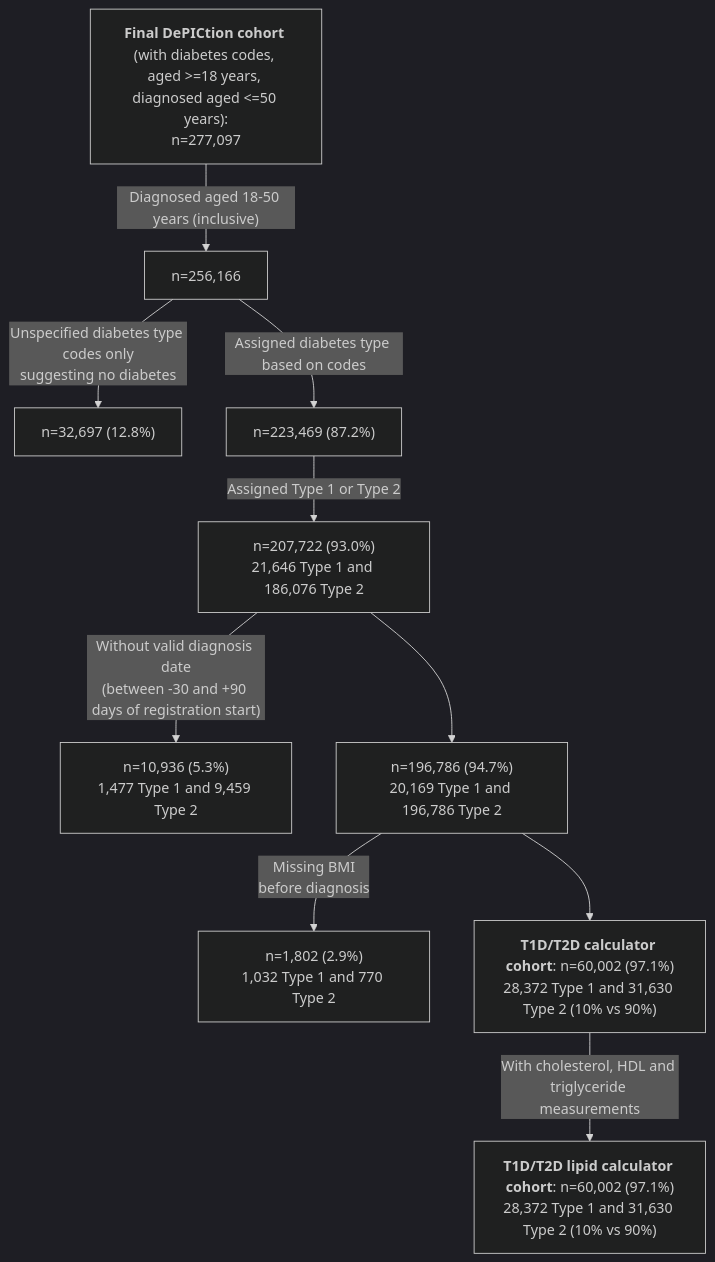
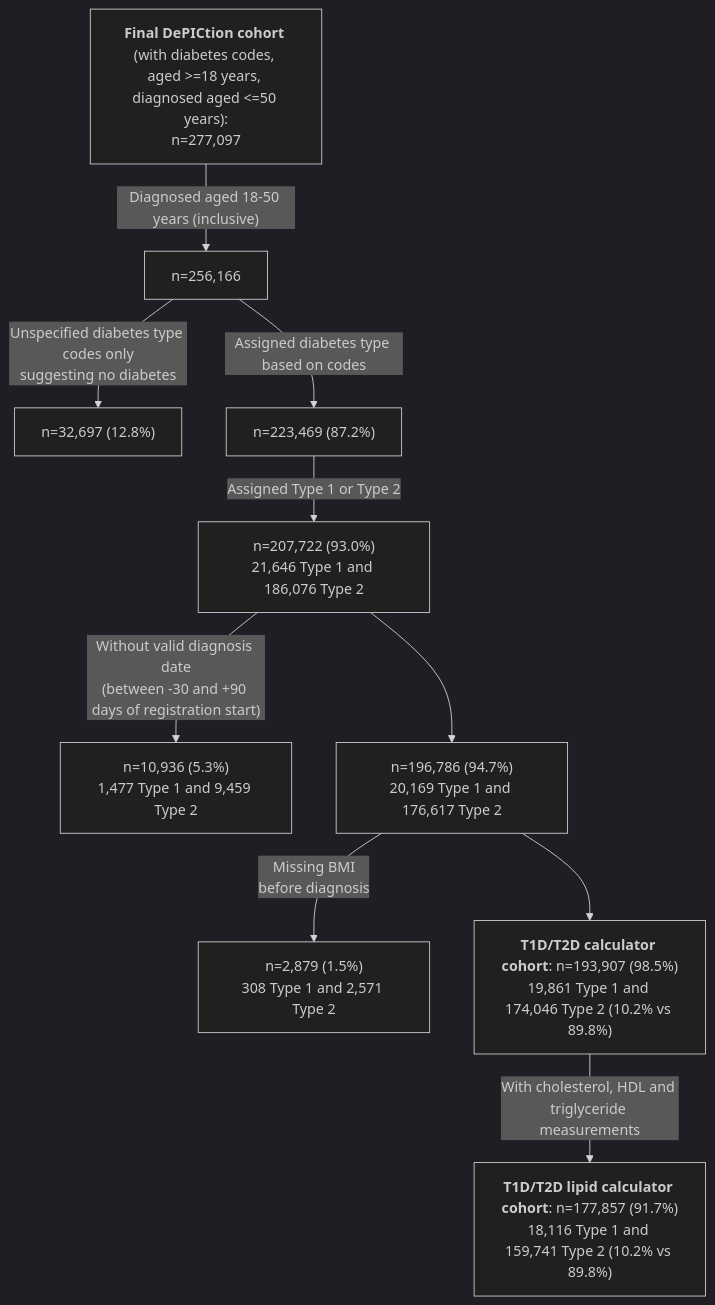
One commit to Exeter-Diabetes/CPRD-Katie-DePICtion-Scripts changed the fourth of 4 diagrams in README.md. Above: the diagram before and after it, drawn with Mermaid (dark theme). The commit also changed other lines of this file, not shown here.

````diff
--- a/README.md
+++ b/README.md
@@ -180,12 +180,12 @@
 ```mermaid
 graph TD;
     A["<b>Final DePICtion cohort</b> (with diabetes codes, <br>aged >=18 years, diagnosed aged <=50 years):<br>n=277,097"] --> |"Diagnosed aged 18-50 years (inclusive)"| B["n=256,166"]
     B --> |"Unspecified diabetes type codes only<br>suggesting no diabetes"| C["n=32,697 (12.8%)"]
     B --> |"Assigned diabetes type based on codes"| D["n=223,469 (87.2%)"]
     D --> |"Assigned Type 1 or Type 2"| E["n=207,722 (93.0%)<br>21,646 Type 1 and 186,076 Type 2"]
     E --> |"Without valid diagnosis date<br>(between -30 and +90 days of registration start)"| F["n=10,936 (5.3%)<br>1,477 Type 1 and 9,459 Type 2"]
-    E --> G["n=196,786 (94.7%)<br>20,169 Type 1 and 196,786 Type 2"]
-    G --> |"Missing BMI<br>before diagnosis"|H["n=1,802 (2.9%)<br>1,032 Type 1 and 770 Type 2"]
-    G --> I["<b>T1D/T2D calculator cohort</b>: n=60,002 (97.1%)<br>28,372 Type 1 and 31,630 Type 2 (10% vs 90%)"]
-    I --> |"With cholesterol, HDL and triglyceride measurements"|J["<b>T1D/T2D lipid calculator cohort</b>: n=60,002 (97.1%)<br>28,372 Type 1 and 31,630 Type 2 (10% vs 90%)"]
+    E --> G["n=196,786 (94.7%)<br>20,169 Type 1 and 176,617 Type 2"]
+    G --> |"Missing BMI<br>before diagnosis"|H["n=2,879 (1.5%)<br>308 Type 1 and 2,571 Type 2"]
+    G --> I["<b>T1D/T2D calculator cohort</b>: n=193,907 (98.5%)<br>19,861 Type 1 and 174,046 Type 2 (10.2% vs 89.8%)"]
+    I --> |"With cholesterol, HDL and triglyceride measurements"|J["<b>T1D/T2D lipid calculator cohort</b>: n=177,857 (91.7%)<br>18,116 Type 1 and 159,741 Type 2 (10.2% vs 89.8%)"]
 ```
````
